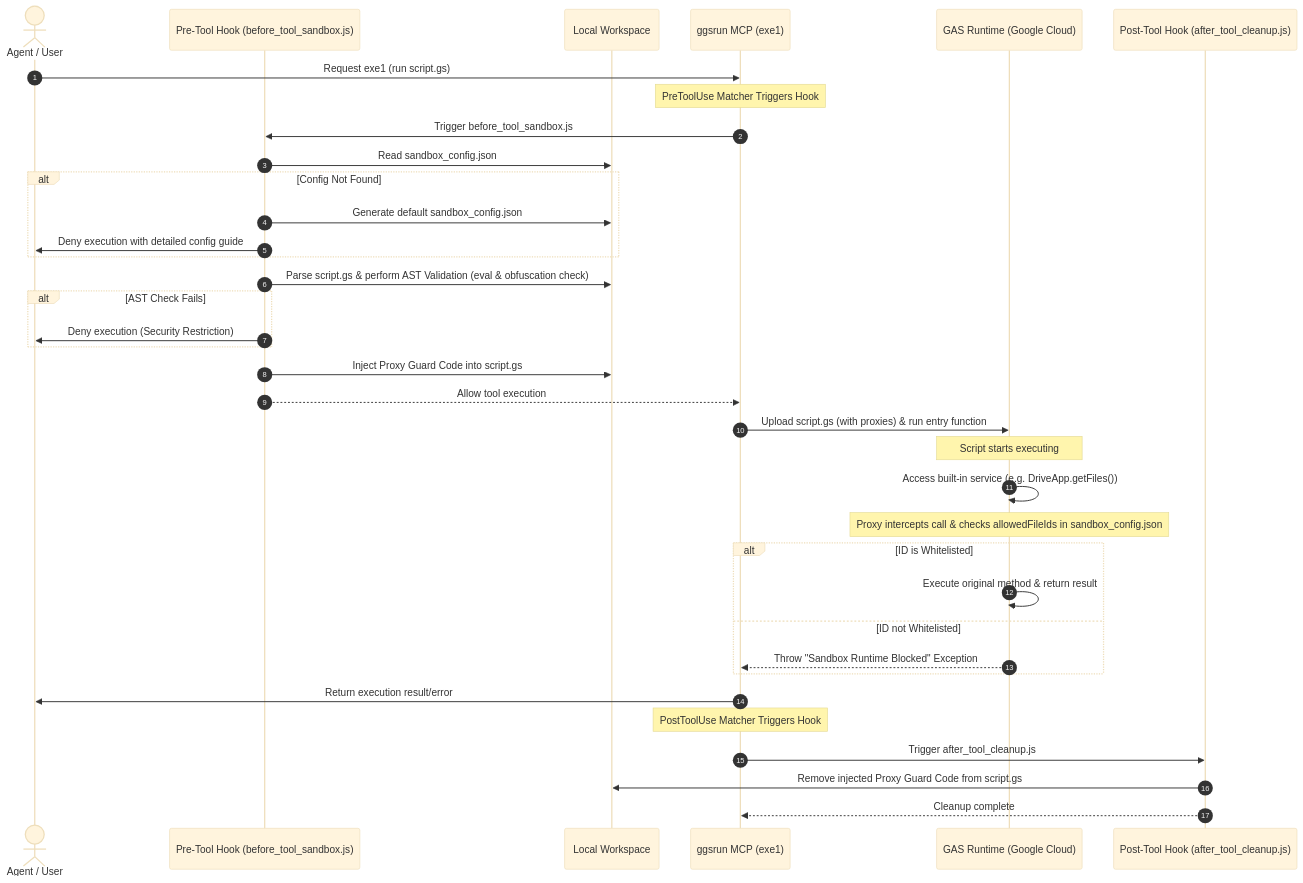
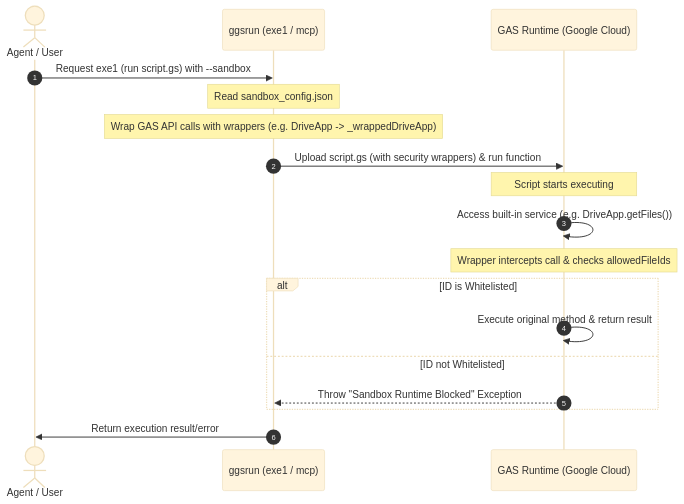
One commit to tanaikech/ggsrun changed the first of 4 diagrams in README.md. Above: the diagram before and after it, drawn with Mermaid (base theme). The commit also changed other lines of this file and 14 other files, not shown here.

````diff
--- a/README.md
+++ b/README.md
@@ -949,39 +910,21 @@
 ```mermaid
 sequenceDiagram
     autonumber
     actor Agent as Agent / User
-    participant HookPre as Pre-Tool Hook (before_tool_sandbox.js)
-    participant Cwd as Local Workspace
-    participant Ggsrun as ggsrun MCP (exe1)
+    participant Ggsrun as ggsrun (exe1 / mcp)
     participant GAS as GAS Runtime (Google Cloud)
-    participant HookPost as Post-Tool Hook (after_tool_cleanup.js)
 
-    Agent->>Ggsrun: Request exe1 (run script.gs)
-    Note over Ggsrun: PreToolUse Matcher Triggers Hook
-    Ggsrun->>HookPre: Trigger before_tool_sandbox.js
-    HookPre->>Cwd: Read sandbox_config.json
-    alt Config Not Found
-        HookPre->>Cwd: Generate default sandbox_config.json
-        HookPre->>Agent: Deny execution with detailed config guide
-    end
-    HookPre->>Cwd: Parse script.gs & perform AST Validation (eval & obfuscation check)
-    alt AST Check Fails
-        HookPre->>Agent: Deny execution (Security Restriction)
-    end
-    HookPre->>Cwd: Inject Proxy Guard Code into script.gs
-    HookPre-->>Ggsrun: Allow tool execution
-    Ggsrun->>GAS: Upload script.gs (with proxies) & run entry function
+    Agent->>Ggsrun: Request exe1 (run script.gs) with --sandbox
+    Note over Ggsrun: Read sandbox_config.json
+    Note over Ggsrun: Wrap GAS API calls with wrappers (e.g. DriveApp -> _wrappedDriveApp)
+    Ggsrun->>GAS: Upload script.gs (with security wrappers) & run function
     Note over GAS: Script starts executing
     GAS->>GAS: Access built-in service (e.g. DriveApp.getFiles())
-    Note over GAS: Proxy intercepts call & checks allowedFileIds in sandbox_config.json
+    Note over GAS: Wrapper intercepts call & checks allowedFileIds
     alt ID is Whitelisted
         GAS->>GAS: Execute original method & return result
     else ID not Whitelisted
         GAS-->>Ggsrun: Throw "Sandbox Runtime Blocked" Exception
     end
     Ggsrun->>Agent: Return execution result/error
-    Note over Ggsrun: PostToolUse Matcher Triggers Hook
-    Ggsrun->>HookPost: Trigger after_tool_cleanup.js
-    HookPost->>Cwd: Remove injected Proxy Guard Code from script.gs
-    HookPost-->>Ggsrun: Cleanup complete
 ```
````
